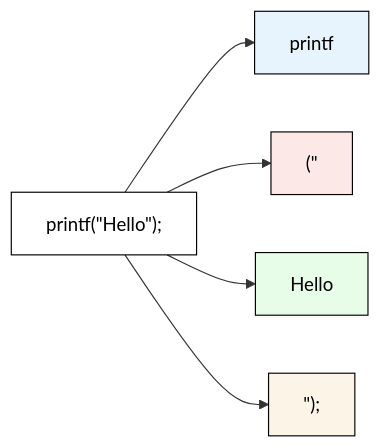
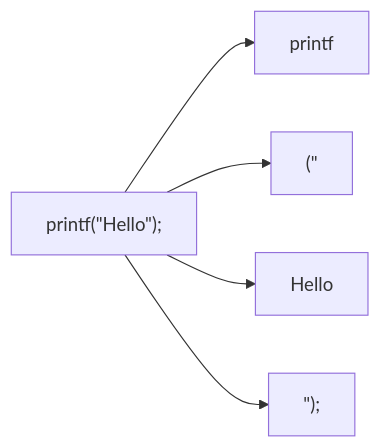
The first of 7 diagrams in pages/slides_lezione1.md (gdegani/its_slides_ai), drawn with Mermaid before and after one commit. The commit also changed other lines of this file and 2 other files, not shown here.

````diff
--- a/pages/slides_lezione1.md
+++ b/pages/slides_lezione1.md
@@ -167,12 +167,7 @@
 ```mermaid
 flowchart LR
     A["printf(&quot;Hello&quot;);"] --> B["printf"]
     A --> C["(&quot;"]
     A --> D["Hello"]
     A --> E["&quot;);"]
-    style A fill:#fff,stroke:#000,color:#000
-    style B fill:#e8f4fd,stroke:#000,color:#000
-    style C fill:#fde8e8,stroke:#000,color:#000
-    style D fill:#e8fde8,stroke:#000,color:#000
-    style E fill:#fdf4e8,stroke:#000,color:#000
 ```
````
